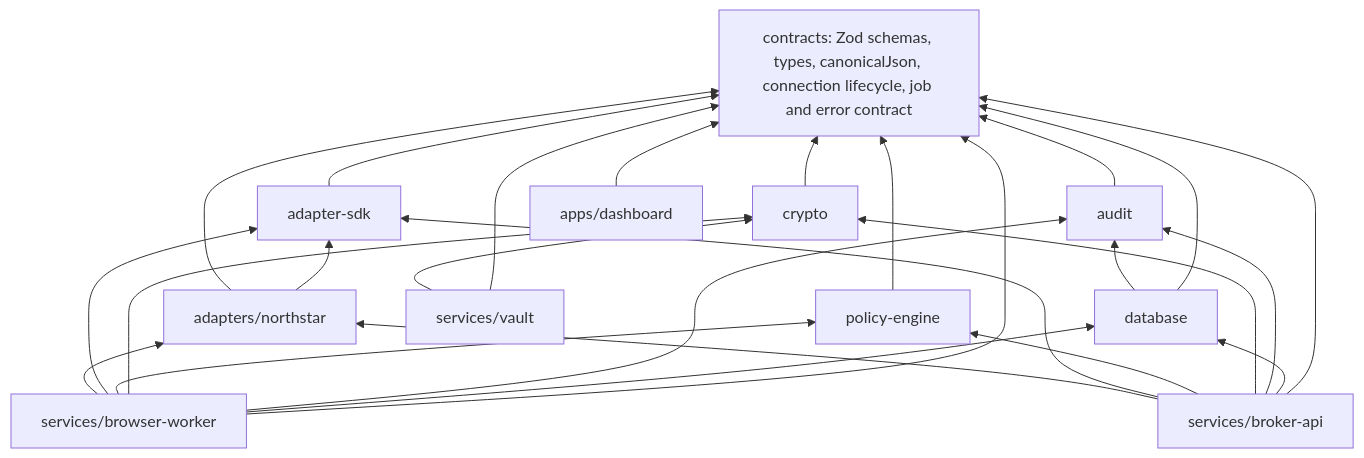
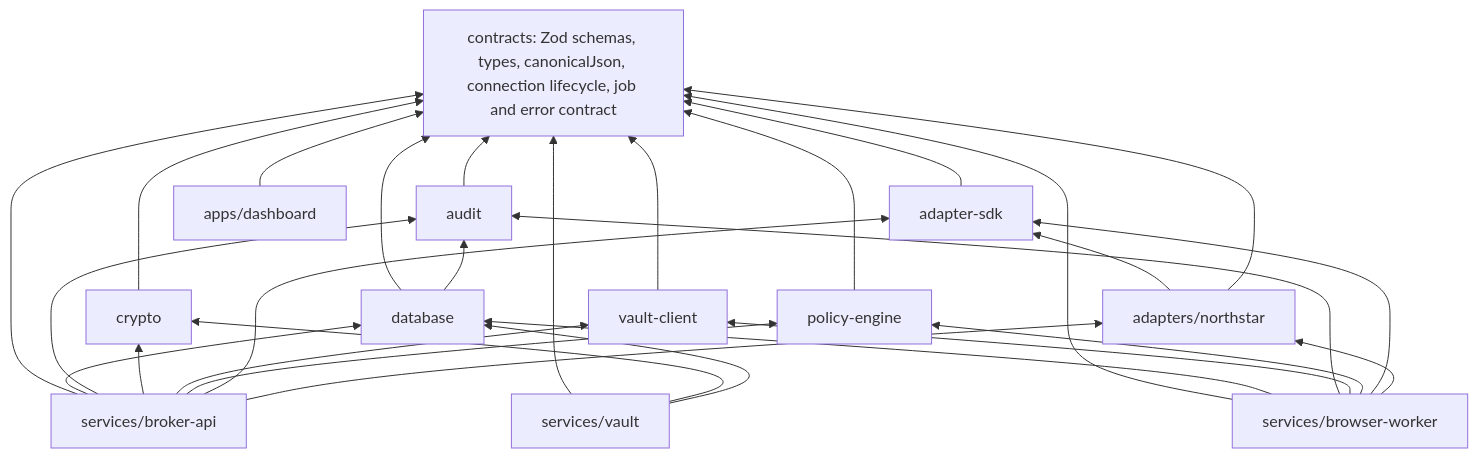
Before and after one commit to silentonroot/Relay: the third of 8 diagrams in docs/architecture.md, drawn with Mermaid. The commit also changed other lines of this file and 22 other files, not shown here.

````diff
--- a/docs/architecture.md
+++ b/docs/architecture.md
@@ -234,29 +264,32 @@
 ```mermaid
 flowchart BT
   CT["contracts: Zod schemas, types, canonicalJson, connection lifecycle, job and error contract"]
   AU["audit"] --> CT
   CR["crypto"] --> CT
   PE["policy-engine"] --> CT
   SDK["adapter-sdk"] --> CT
   NS["adapters/northstar"] --> SDK
   NS --> CT
   DB["database"] --> CT
   DB --> AU
+  VC["vault-client"] --> CT
   API["services/broker-api"] --> CT
   API --> DB
   API --> AU
   API --> CR
+  API --> VC
   API --> PE
   API --> SDK
   API --> NS
   BW["services/browser-worker"] --> CT
   BW --> DB
   BW --> AU
-  BW --> CR
+  BW --> VC
   BW --> PE
   BW --> SDK
   BW --> NS
   VLT["services/vault"] --> CT
   VLT --> CR
+  VLT --> DB
   DASH["apps/dashboard"] --> CT
 ```
````
